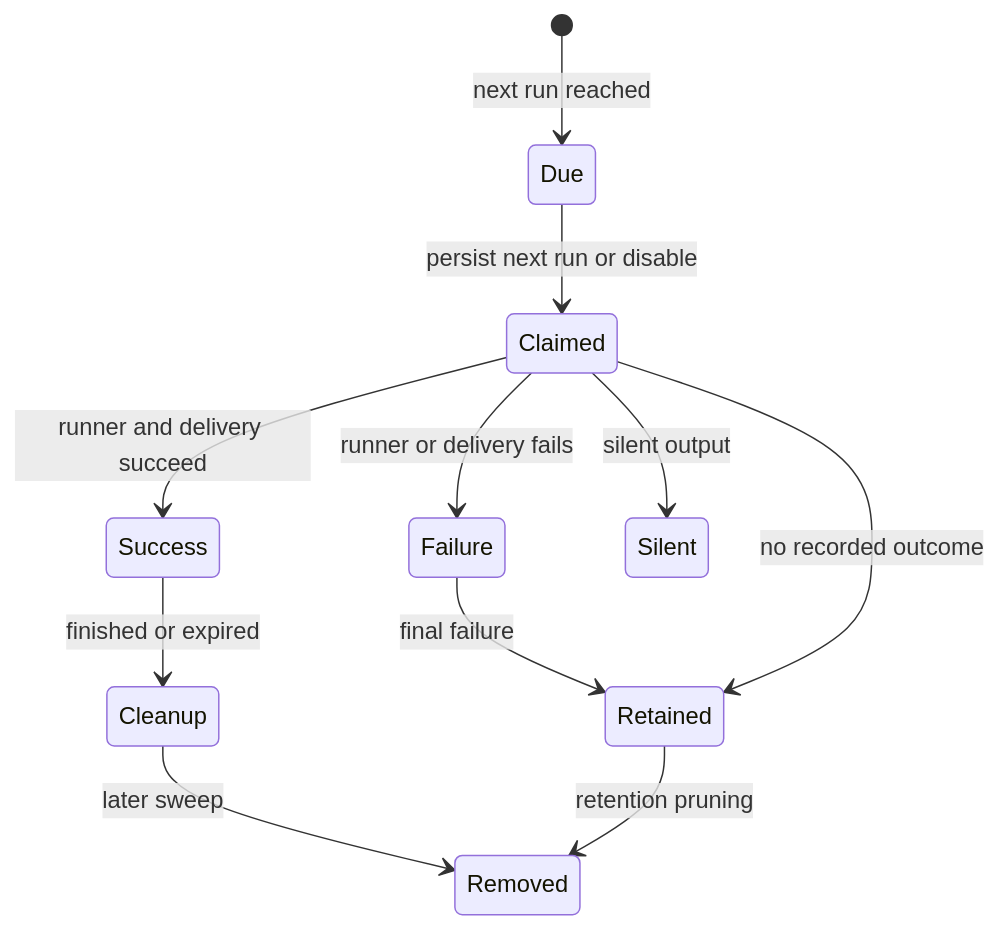
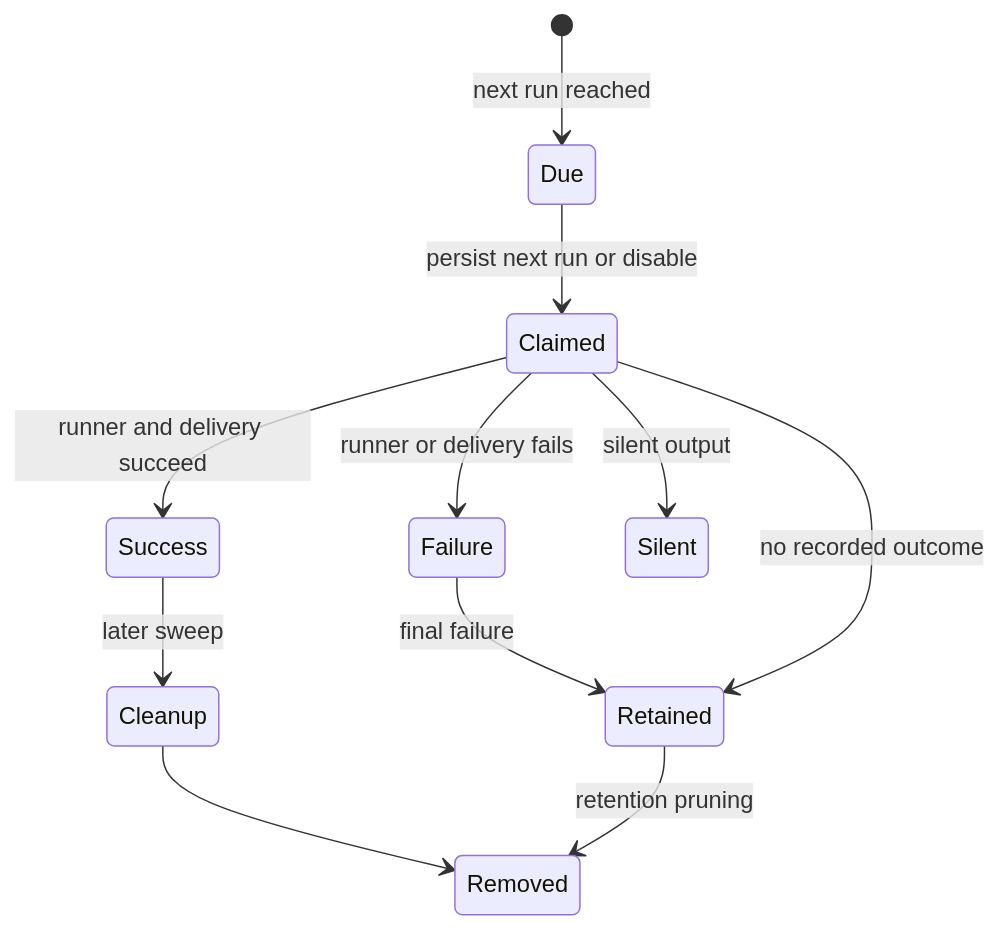
The second of 2 diagrams in openwiki/testing/testing-guide.md (langchain-ai/deepagents), drawn with Mermaid before and after one commit. The commit also changed other lines of this file and 47 other files, not shown here.

````diff
--- a/openwiki/testing/testing-guide.md
+++ b/openwiki/testing/testing-guide.md
@@ -104,13 +116,13 @@
 ```mermaid
 stateDiagram-v2
     [*] --> Due: next run reached
     Due --> Claimed: persist next run or disable
     Claimed --> Success: runner and delivery succeed
     Claimed --> Failure: runner or delivery fails
     Claimed --> Silent: silent output
-    Success --> Cleanup: finished or expired
+    Success --> Cleanup: later sweep
     Failure --> Retained: final failure
     Claimed --> Retained: no recorded outcome
-    Cleanup --> Removed: later sweep
+    Cleanup --> Removed
     Retained --> Removed: retention pruning
 ```
````
